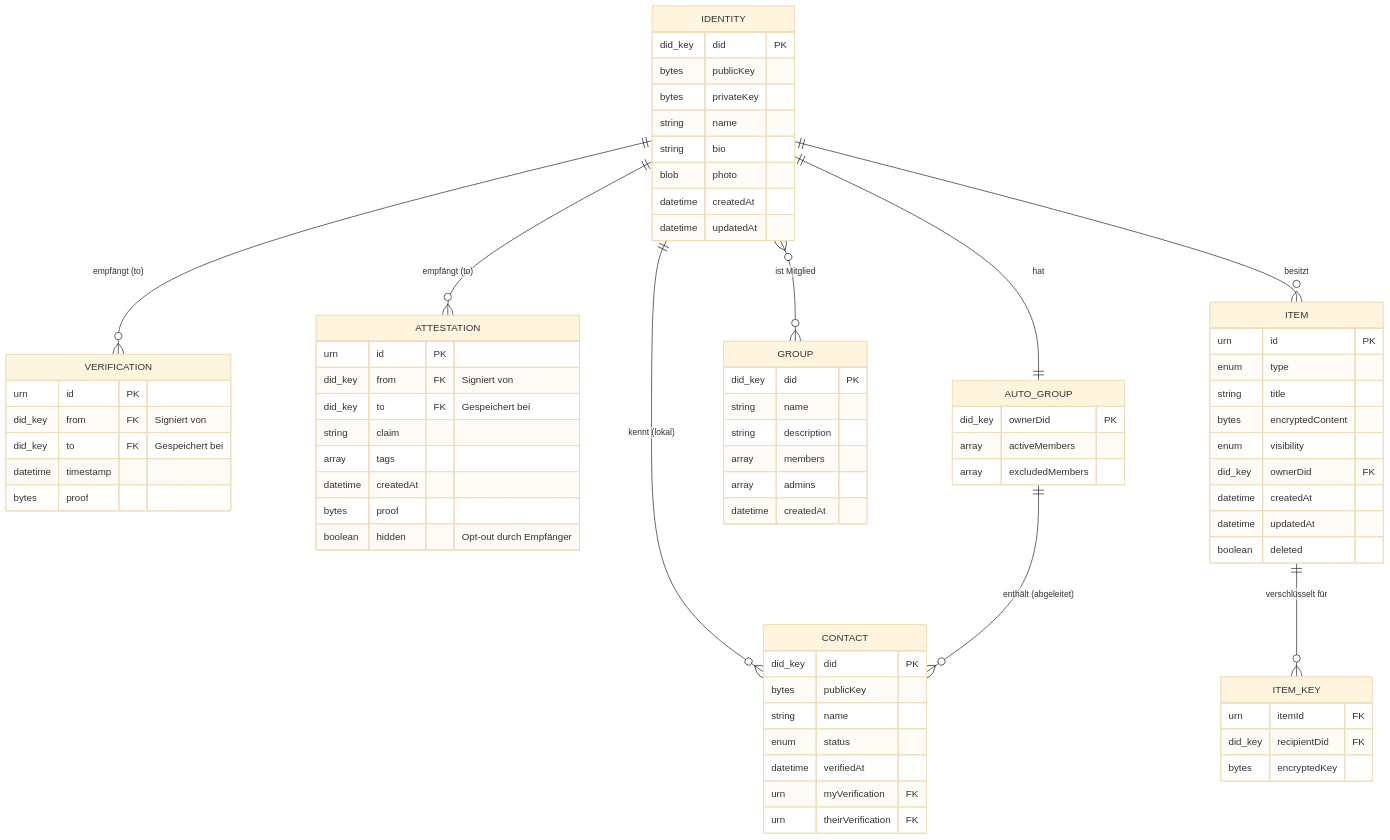
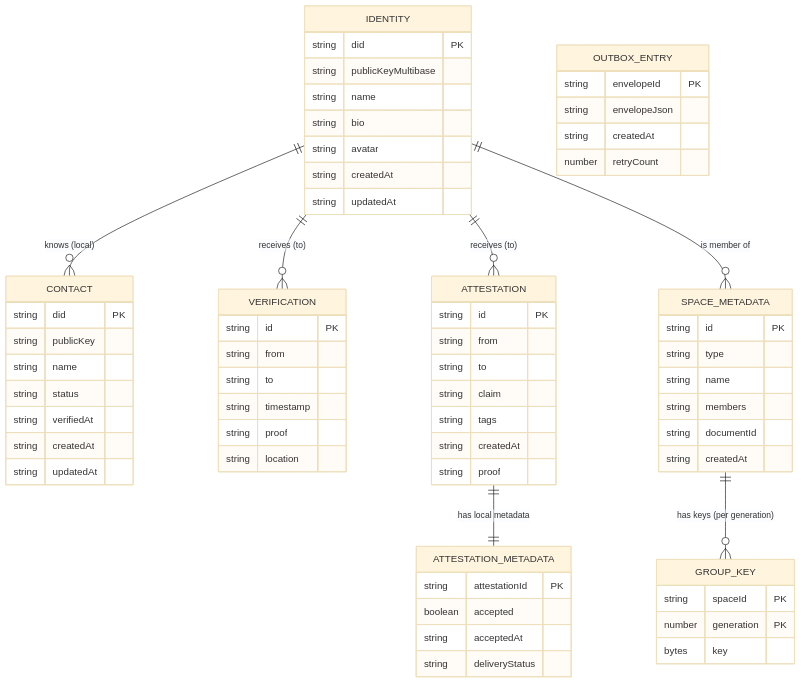
One commit to IT4Change/web-of-trust changed the first of 7 diagrams in docs/architecture/entities.md. Above: the diagram before and after it, drawn with Mermaid (base theme). The commit also changed other lines of this file and 9 other files, not shown here.

````diff
--- a/docs/architecture/entities.md
+++ b/docs/architecture/entities.md
@@ -7,91 +35,77 @@
 ```mermaid
 erDiagram
     IDENTITY {
-        did_key did PK
-        bytes publicKey
-        bytes privateKey
+        string did PK
+        string publicKeyMultibase
         string name
         string bio
-        blob photo
-        datetime createdAt
-        datetime updatedAt
+        string avatar
+        string createdAt
+        string updatedAt
     }
 
     CONTACT {
-        did_key did PK
-        bytes publicKey
+        string did PK
+        string publicKey
         string name
-        enum status
-        datetime verifiedAt
-        urn myVerification FK
-        urn theirVerification FK
+        string status
+        string verifiedAt
+        string createdAt
+        string updatedAt
     }
 
     VERIFICATION {
-        urn id PK
-        did_key from FK "Signiert von"
-        did_key to FK "Gespeichert bei"
-        datetime timestamp
-        bytes proof
+        string id PK
+        string from
+        string to
+        string timestamp
+        string proof
+        string location
     }
 
     ATTESTATION {
-        urn id PK
-        did_key from FK "Signiert von"
-        did_key to FK "Gespeichert bei"
+        string id PK
+        string from
+        string to
         string claim
-        array tags
-        datetime createdAt
-        bytes proof
-        boolean hidden "Opt-out durch Empfänger"
+        string tags
+        string createdAt
+        string proof
     }
 
-    ITEM {
-        urn id PK
-        enum type
-        string title
-        bytes encryptedContent
-        enum visibility
-        did_key ownerDid FK
-        datetime createdAt
-        datetime updatedAt
-        boolean deleted
+    ATTESTATION_METADATA {
+        string attestationId PK
+        boolean accepted
+        string acceptedAt
+        string deliveryStatus
     }
 
-    ITEM_KEY {
-        urn itemId FK
-        did_key recipientDid FK
-        bytes encryptedKey
+    SPACE_METADATA {
+        string id PK
+        string type
+        string name
+        string members
+        string documentId
+        string createdAt
     }
 
-    GROUP {
-        did_key did PK
-        string name
-        string description
-        array members
-        array admins
-        datetime createdAt
+    GROUP_KEY {
+        string spaceId PK
+        number generation PK
+        bytes key
     }
 
-    AUTO_GROUP {
-        did_key ownerDid PK
-        array activeMembers
-        array excludedMembers
+    OUTBOX_ENTRY {
+        string envelopeId PK
+        string envelopeJson
+        string createdAt
+        number retryCount
     }
 
-    %% Lokale Strukturen
-    IDENTITY ||--o{ CONTACT : "kennt (lokal)"
-    IDENTITY ||--o{ ITEM : "besitzt"
-    IDENTITY }o--o{ GROUP : "ist Mitglied"
-
-    %% Auto-Gruppe: abgeleitet aus CONTACTs
-    IDENTITY ||--|| AUTO_GROUP : "hat"
-    AUTO_GROUP ||--o{ CONTACT : "enthält (abgeleitet)"
-
-    %% Empfänger-Prinzip: Verifications/Attestations werden beim Empfänger gespeichert
-    IDENTITY ||--o{ VERIFICATION : "empfängt (to)"
-    IDENTITY ||--o{ ATTESTATION : "empfängt (to)"
-
-    %% Verschlüsselung
-    ITEM ||--o{ ITEM_KEY : "verschlüsselt für"
+    IDENTITY ||--o{ CONTACT : "knows (local)"
+    IDENTITY ||--o{ VERIFICATION : "receives (to)"
+    IDENTITY ||--o{ ATTESTATION : "receives (to)"
+    ATTESTATION ||--|| ATTESTATION_METADATA : "has local metadata"
+    IDENTITY ||--o{ SPACE_METADATA : "is member of"
+    SPACE_METADATA ||--o{ GROUP_KEY : "has keys (per generation)"
 ```
````
